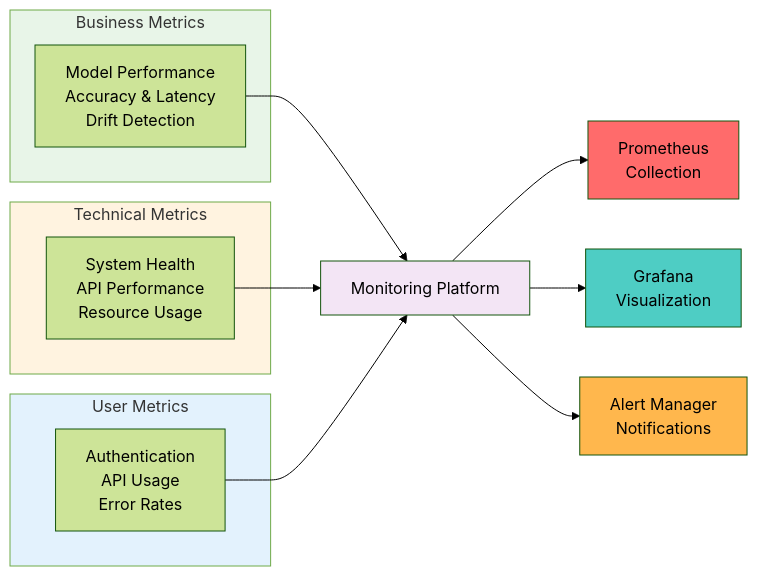
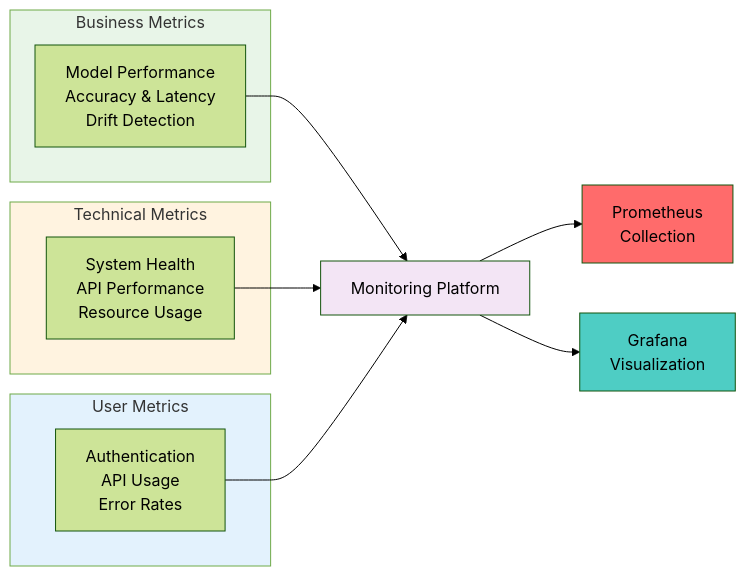
One commit to Cady4/Epilepsy_Prediction_MLOPS changed the fourth of 4 diagrams in README.md. Above: the diagram before and after it, drawn with Mermaid (forest theme).

````diff
--- a/README.md
+++ b/README.md
@@ -200,31 +200,29 @@
 ```mermaid
 
 graph LR
     subgraph Business["Business Metrics"]
         BM[Model Performance<br/>Accuracy & Latency<br/>Drift Detection]
     end
     
     subgraph Technical["Technical Metrics"]
         TM[System Health<br/>API Performance<br/>Resource Usage]
     end
     
     subgraph User["User Metrics"]
         UM[Authentication<br/>API Usage<br/>Error Rates]
     end
     
     BM --> MONITORING[Monitoring Platform]
     TM --> MONITORING
     UM --> MONITORING
     
     MONITORING --> PROM[Prometheus<br/>Collection]
     MONITORING --> GRAF[Grafana<br/>Visualization]
-    MONITORING --> ALERTS[Alert Manager<br/>Notifications]
     
     style Business fill:#e8f5e8
     style Technical fill:#fff3e0
     style User fill:#e3f2fd
     style MONITORING fill:#f3e5f5
     style PROM fill:#FF6B6B
     style GRAF fill:#4ECDC4
-    style ALERTS fill:#FFB74D
 ```
````
